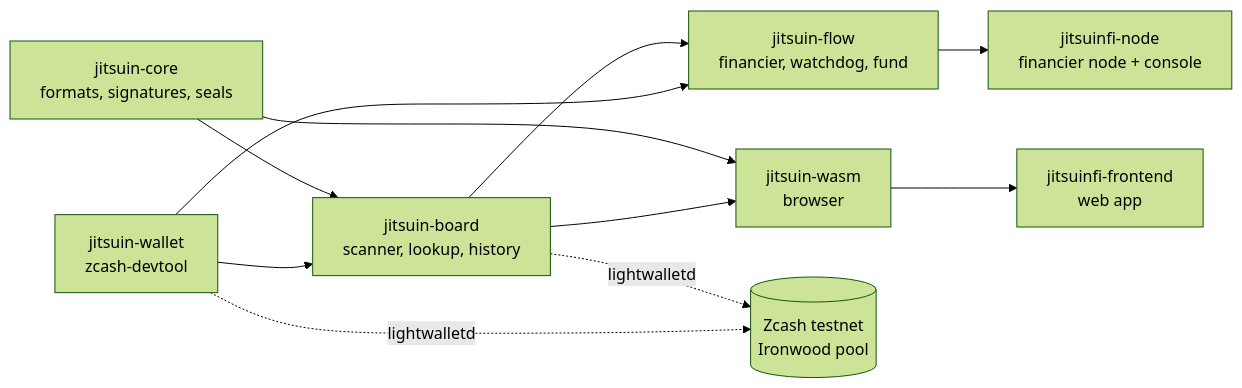
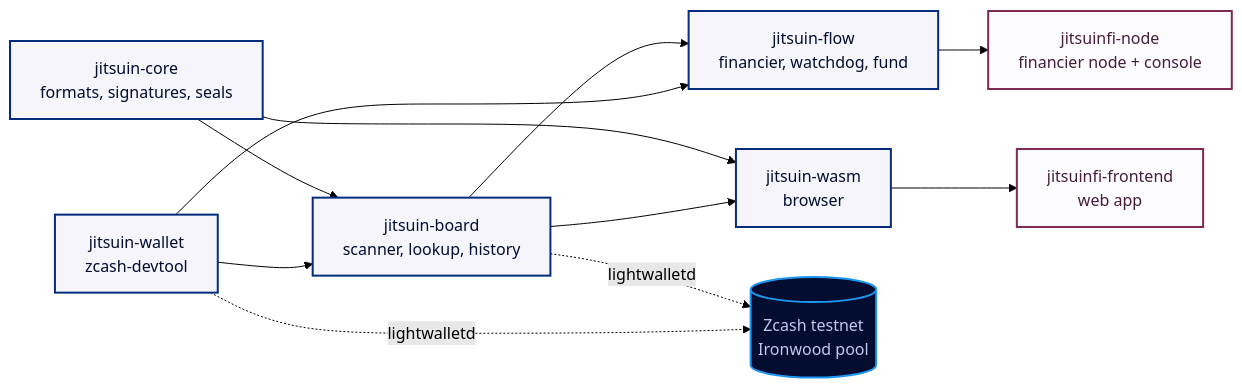
Before and after one commit to JitsuinFi/jitsuinfi-zcash: the fourth of 4 diagrams in README.md, drawn with Mermaid (forest theme). The commit also changed other lines of this file and 8 other files, not shown here.

First line of the commit message:
docs(readme): visual README with banner, demo video, animations and diagrams

````diff
--- a/README.md
+++ b/README.md
@@ -152,13 +123,20 @@
 ```mermaid
 flowchart LR
     core[jitsuin-core<br/>formats, signatures, seals] --> board[jitsuin-board<br/>scanner, lookup, history]
     core --> wasm[jitsuin-wasm<br/>browser]
     board --> flow[jitsuin-flow<br/>financier, watchdog, fund]
     wallet[jitsuin-wallet<br/>zcash-devtool] --> board
     wallet --> flow
     board --> wasm
     wasm --> fe[jitsuinfi-frontend<br/>web app]
     flow --> be[jitsuinfi-node<br/>financier node + console]
     board -. lightwalletd .-> zec[(Zcash testnet<br/>Ironwood pool)]
     wallet -. lightwalletd .-> zec
+    class core,board,wallet,flow,wasm sys
+    class fe,be human
+    class zec zcash
+    classDef human fill:#FCFCFE,stroke:#7E2A53,color:#461D3A,stroke-width:2px
+    classDef zcash fill:#020D2F,stroke:#1D97F1,color:#C4C7F2,stroke-width:2px
+    classDef sys fill:#F6F5FC,stroke:#032C7D,color:#020D2F,stroke-width:2px
+    classDef seal fill:#7E2A53,stroke:#461D3A,color:#FCFCFE,stroke-width:2px
 ```
````
